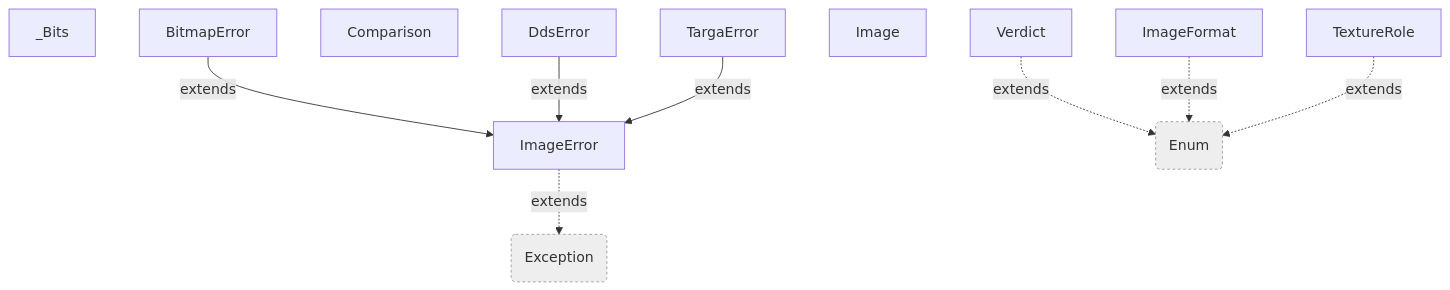
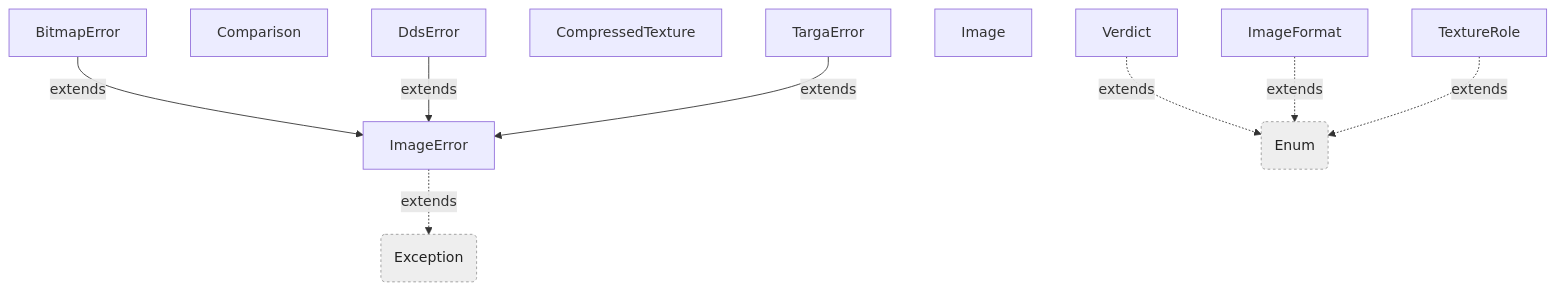
One commit to staticnation/WraithguardToolkit changed the ninth of 18 diagrams in art/AST-deps.md. Above: the diagram before and after it, drawn with Mermaid. The commit also changed other lines of this file and 25 other files, not shown here.

````diff
--- a/art/AST-deps.md
+++ b/art/AST-deps.md
@@ -1167,23 +2820,23 @@
 ```mermaid
 flowchart TD
-  n_wraithguard_images_bc7__Bits["_Bits"]
   n_wraithguard_images_bitmap_BitmapError["BitmapError"]
   n_wraithguard_images_compare_Comparison["Comparison"]
   n_wraithguard_images_compare_Verdict["Verdict"]
+  n_wraithguard_images_dds_CompressedTexture["CompressedTexture"]
   n_wraithguard_images_dds_DdsError["DdsError"]
   n_wraithguard_images_image_Image["Image"]
   n_wraithguard_images_image_ImageError["ImageError"]
   n_wraithguard_images_reader_ImageFormat["ImageFormat"]
   n_wraithguard_images_roles_TextureRole["TextureRole"]
   n_wraithguard_images_targa_TargaError["TargaError"]
   n_wraithguard_images_bitmap_BitmapError -->|extends| n_wraithguard_images_image_ImageError
   n_EXTBASE_Enum("Enum"):::external
   n_wraithguard_images_compare_Verdict -.->|extends| n_EXTBASE_Enum
   n_wraithguard_images_dds_DdsError -->|extends| n_wraithguard_images_image_ImageError
   n_EXTBASE_Exception("Exception"):::external
   n_wraithguard_images_image_ImageError -.->|extends| n_EXTBASE_Exception
   n_wraithguard_images_reader_ImageFormat -.->|extends| n_EXTBASE_Enum
   n_wraithguard_images_roles_TextureRole -.->|extends| n_EXTBASE_Enum
   n_wraithguard_images_targa_TargaError -->|extends| n_wraithguard_images_image_ImageError
-  classDef external fill:#eee,stroke:#999,stroke-dasharray: 3 3
+  classDef external fill:#eee,stroke:#999,stroke-dasharray: 3 3,color:#222
 ```
````
